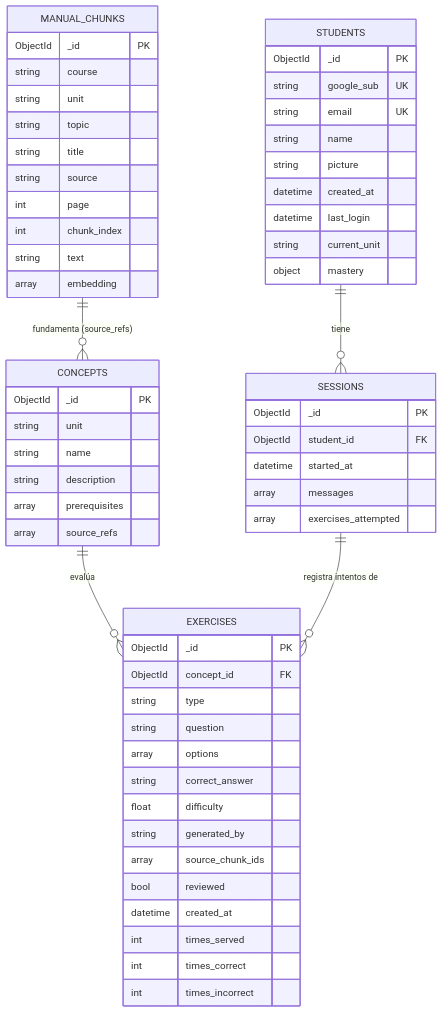
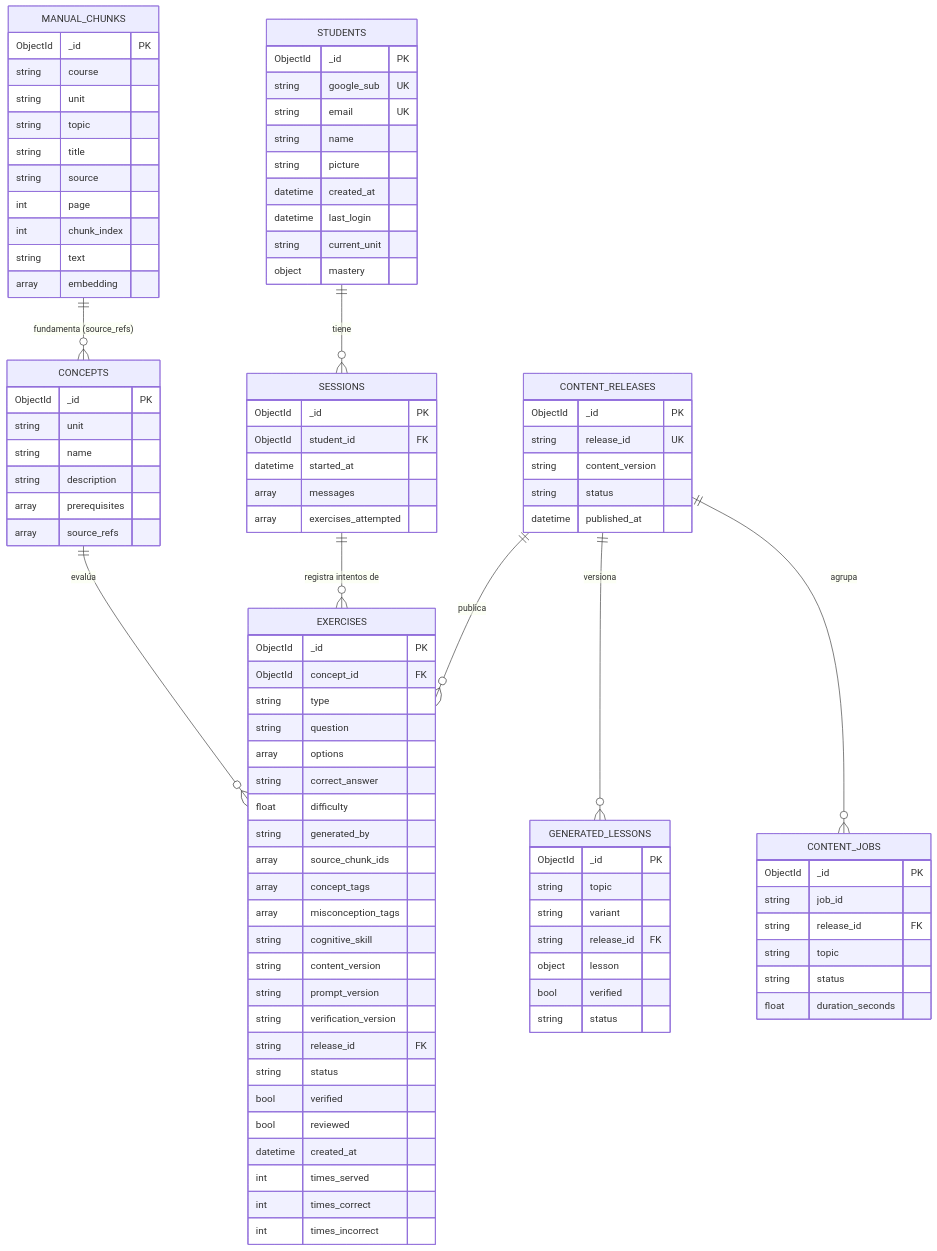
Before and after one commit to Lemur-Driver/LemurCopilot: the first of 2 diagrams in docs/04-base-de-datos.md, drawn with Mermaid. The commit also changed other lines of this file and 15 other files, not shown here.

```diff
--- a/docs/04-base-de-datos.md
+++ b/docs/04-base-de-datos.md
@@ -19,6 +19,9 @@
     CONCEPTS ||--o{ EXERCISES : "evalúa"
     SESSIONS ||--o{ EXERCISES : "registra intentos de"
     MANUAL_CHUNKS ||--o{ CONCEPTS : "fundamenta (source_refs)"
+    CONTENT_RELEASES ||--o{ GENERATED_LESSONS : "versiona"
+    CONTENT_RELEASES ||--o{ CONTENT_JOBS : "agrupa"
+    CONTENT_RELEASES ||--o{ EXERCISES : "publica"
 
     STUDENTS {
         ObjectId _id PK
@@ -49,6 +52,15 @@
         float difficulty
         string generated_by
         array source_chunk_ids
+        array concept_tags
+        array misconception_tags
+        string cognitive_skill
+        string content_version
+        string prompt_version
+        string verification_version
+        string release_id FK
+        string status
+        bool verified
         bool reviewed
         datetime created_at
         int times_served
@@ -61,6 +73,30 @@
         datetime started_at
         array messages
         array exercises_attempted
+    }
+    GENERATED_LESSONS {
+        ObjectId _id PK
+        string topic
+        string variant
+        string release_id FK
+        object lesson
+        bool verified
+        string status
+    }
+    CONTENT_RELEASES {
+        ObjectId _id PK
+        string release_id UK
+        string content_version
+        string status
+        datetime published_at
+    }
+    CONTENT_JOBS {
+        ObjectId _id PK
+        string job_id
+        string release_id FK
+        string topic
+        string status
+        float duration_seconds
     }
     MANUAL_CHUNKS {
         ObjectId _id PK
```
